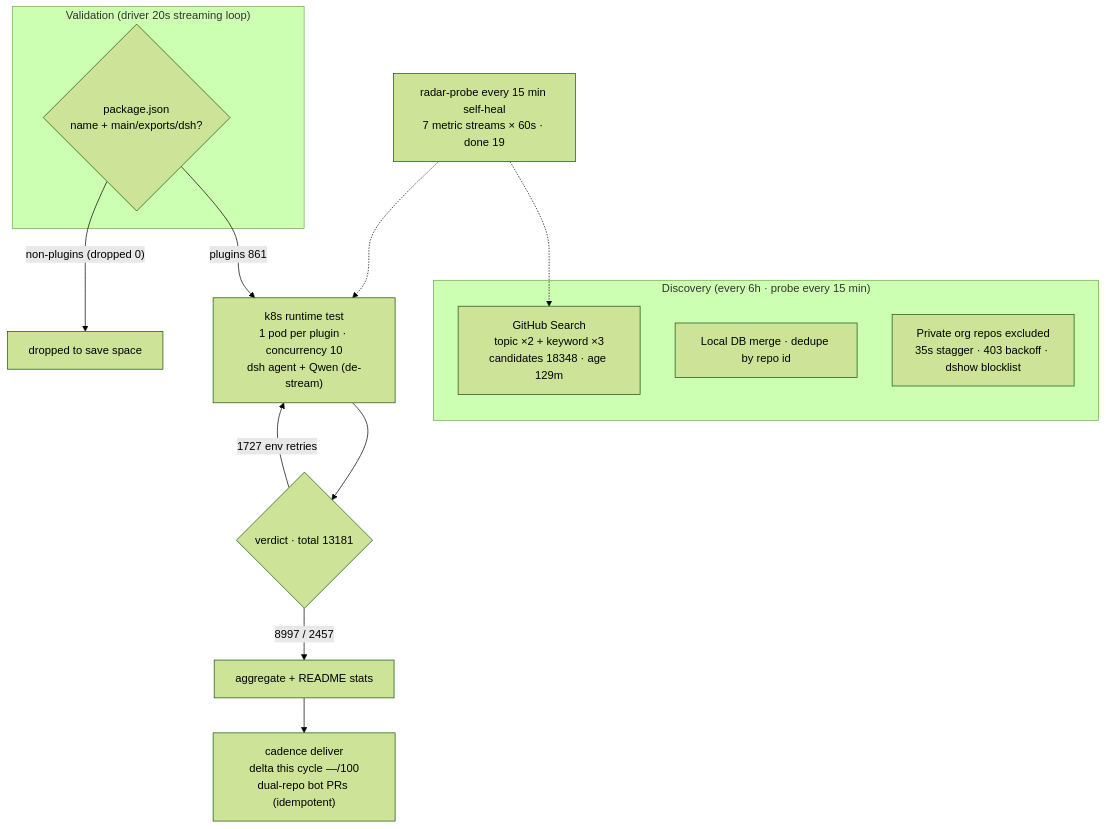
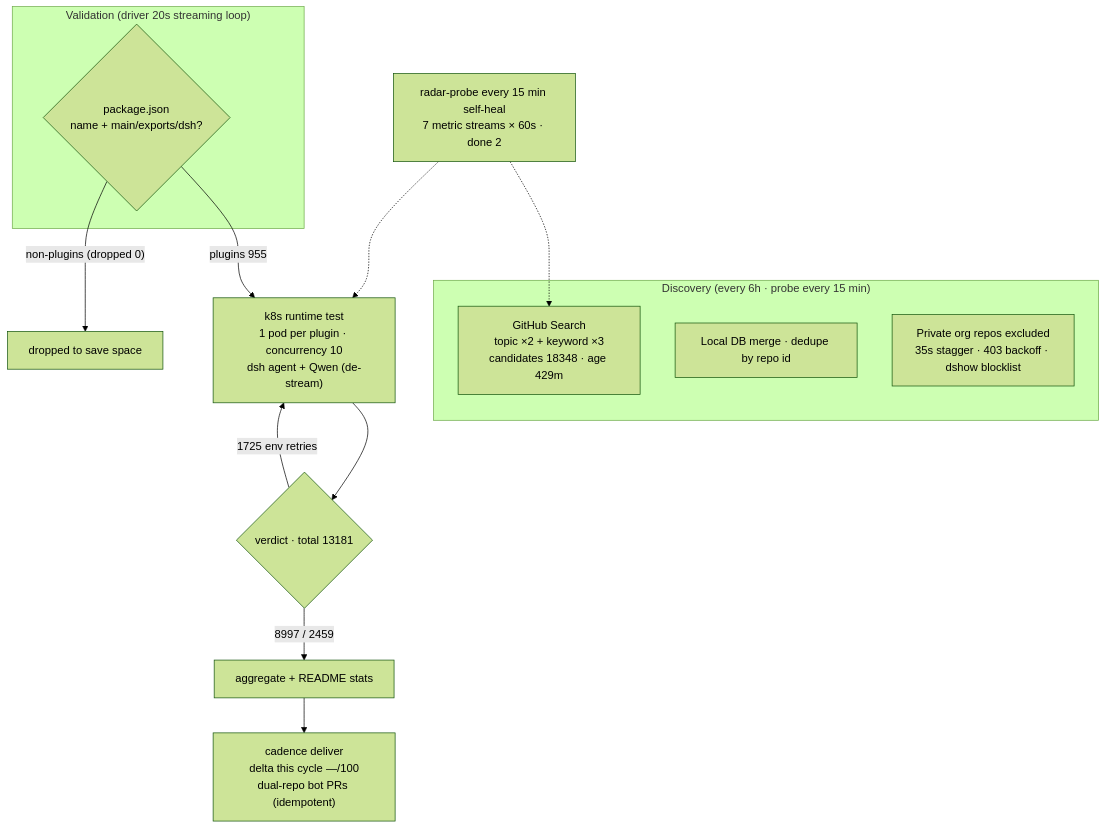
Before and after one commit to AdamPlatin123/awesome-dsh-plugins: the diagram in README.en-US.md, drawn with Mermaid (forest theme). The commit also changed other lines of this file and 7 other files, not shown here.

````diff
--- a/README.en-US.md
+++ b/README.en-US.md
@@ -45,20 +45,20 @@
 ```mermaid
 flowchart TB
     subgraph Discovery["Discovery (every 6h · probe every 15 min)"]
-        A1["GitHub Search<br/>topic ×2 + keyword ×3<br/>candidates 18348 · age 129m"]
+        A1["GitHub Search<br/>topic ×2 + keyword ×3<br/>candidates 18348 · age 429m"]
         A2["Local DB merge · dedupe by repo id"]
         A3["Private org repos excluded<br/>35s stagger · 403 backoff · dshow blocklist"]
     end
     subgraph Validation["Validation (driver 20s streaming loop)"]
         B1{"package.json<br/>name + main/exports/dsh?"}
     end
-    B1 -->|"plugins 861"| C1["k8s runtime test<br/>1 pod per plugin · concurrency 10<br/>dsh agent + Qwen (de-stream)"]
+    B1 -->|"plugins 955"| C1["k8s runtime test<br/>1 pod per plugin · concurrency 10<br/>dsh agent + Qwen (de-stream)"]
     B1 -->|"non-plugins (dropped 0)"| B3["dropped to save space"]
     C1 --> D1{"verdict · total 13181"}
-    D1 -->|"8997 / 2457"| E1["aggregate + README stats"]
-    D1 -->|"1727 env retries"| C1
+    D1 -->|"8997 / 2459"| E1["aggregate + README stats"]
+    D1 -->|"1725 env retries"| C1
     E1 --> E2["cadence deliver<br/>delta this cycle —/100<br/>dual-repo bot PRs (idempotent)"]
-    M["radar-probe every 15 min self-heal<br/>7 metric streams × 60s · done 19"]
+    M["radar-probe every 15 min self-heal<br/>7 metric streams × 60s · done 2"]
     M -.-> A1
     M -.-> C1
 ```
````
